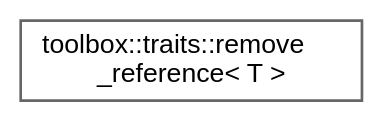
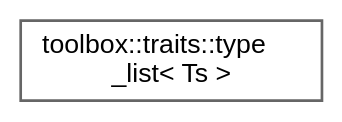
One commit to nerdneilsfield/cpp-toolbox changed the diagram in inherit_graph_60.dot. Above: the diagram before and after it, drawn with Graphviz. The commit also changed 153 other files, not shown here.

```diff
--- a/inherit_graph_60.dot
+++ b/inherit_graph_60.dot
@@ -1,9 +1,9 @@
 digraph "Graphical Class Hierarchy"
 {
  // LATEX_PDF_SIZE
   bgcolor="transparent";
   edge [fontname=Helvetica,fontsize=10,labelfontname=Helvetica,labelfontsize=10];
   node [fontname=Helvetica,fontsize=10,shape=box,height=0.2,width=0.4];
   rankdir="LR";
-  Node0 [id="Node000000",label="toolbox::traits::remove\l_reference\< T \>",height=0.2,width=0.4,color="grey40", fillcolor="white", style="filled",URL="$structtoolbox_1_1traits_1_1remove__reference.html",tooltip="移除类型的引用/Remove reference from type"];
+  Node0 [id="Node000000",label="toolbox::traits::type\l_list\< Ts \>",height=0.2,width=0.4,color="grey40", fillcolor="white", style="filled",URL="$structtoolbox_1_1traits_1_1type__list.html",tooltip="类型列表容器/Type list container"];
 }
```
